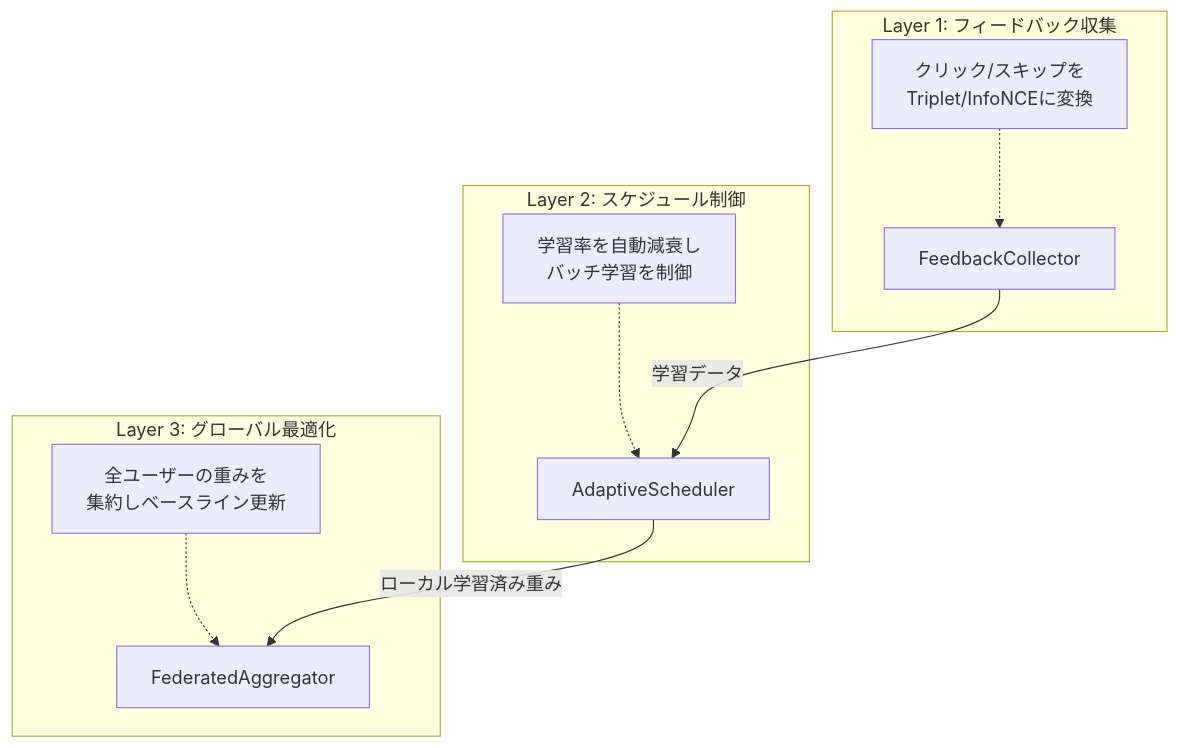
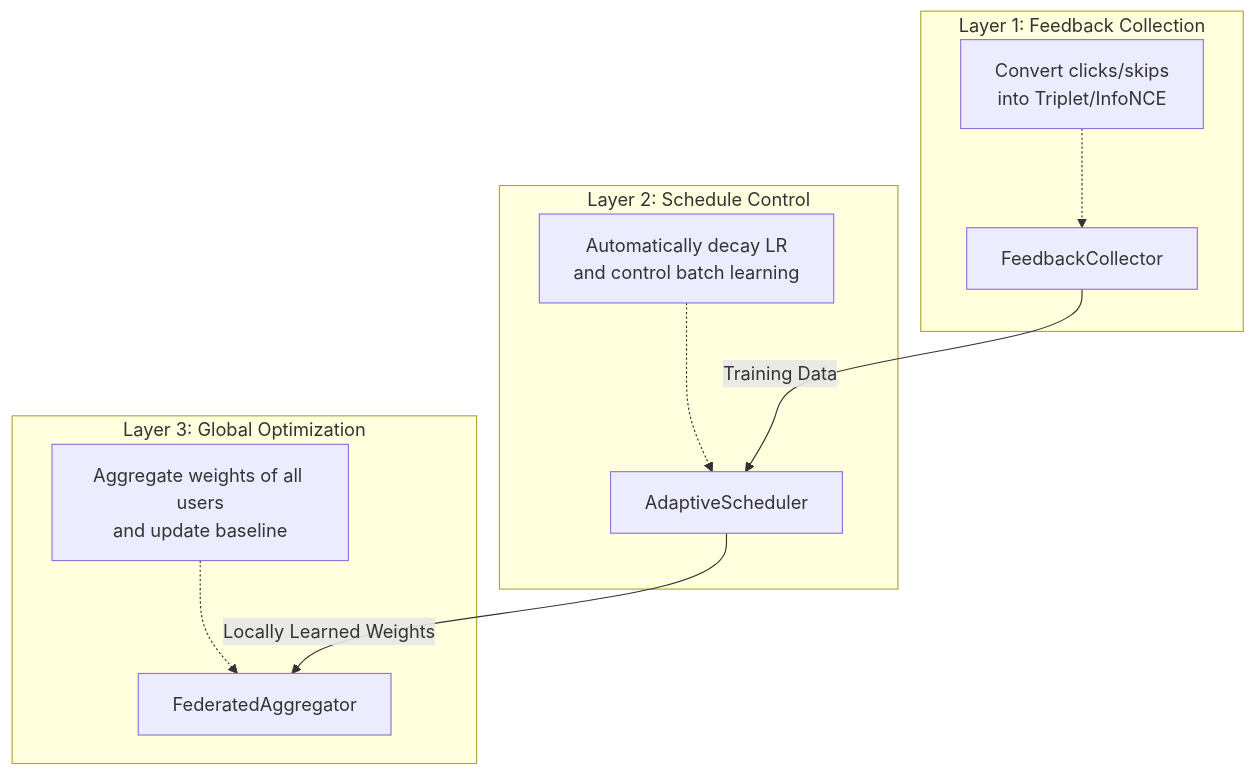
One commit to daiki-moritake/warpvector changed the diagram in docs/13-feedback-loop.md. Above: the diagram before and after it, drawn with Mermaid. The commit also changed other lines of this file and 47 other files, not shown here.

````diff
--- a/docs/13-feedback-loop.md
+++ b/docs/13-feedback-loop.md
@@ -9,20 +9,20 @@
 ```mermaid
 graph TD
-    subgraph Layer1 [Layer 1: フィードバック収集]
+    subgraph Layer1 [Layer 1: Feedback Collection]
         A[FeedbackCollector]
-        Note1[クリック/スキップを<br>Triplet/InfoNCEに変換] -.-> A
+        Note1[Convert clicks/skips<br>into Triplet/InfoNCE] -.-> A
     end
 
-    subgraph Layer2 [Layer 2: スケジュール制御]
+    subgraph Layer2 [Layer 2: Schedule Control]
         B[AdaptiveScheduler]
-        Note2[学習率を自動減衰し<br>バッチ学習を制御] -.-> B
+        Note2[Automatically decay LR<br>and control batch learning] -.-> B
     end
 
-    subgraph Layer3 [Layer 3: グローバル最適化]
+    subgraph Layer3 [Layer 3: Global Optimization]
         C[FederatedAggregator]
-        Note3[全ユーザーの重みを<br>集約しベースライン更新] -.-> C
+        Note3[Aggregate weights of all users<br>and update baseline] -.-> C
     end
 
-    A -->|学習データ| B
-    B -->|ローカル学習済み重み| C
+    A -->|Training Data| B
+    B -->|Locally Learned Weights| C
 ```
````
